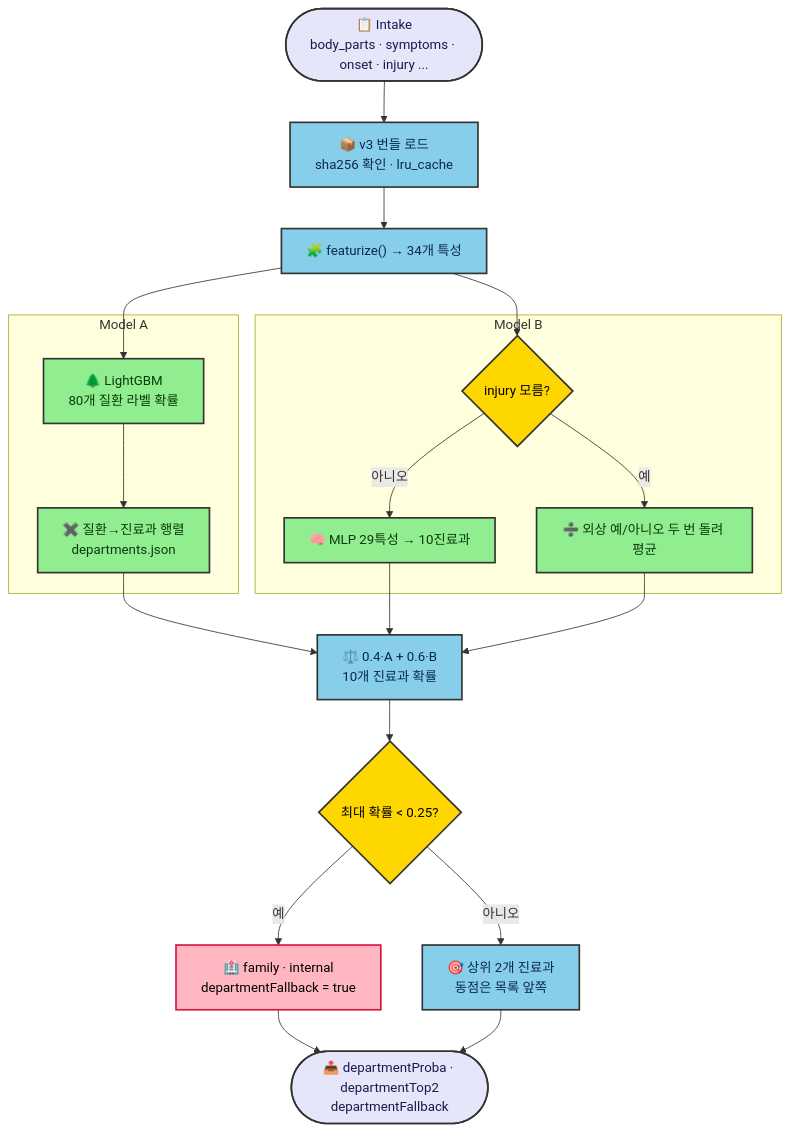
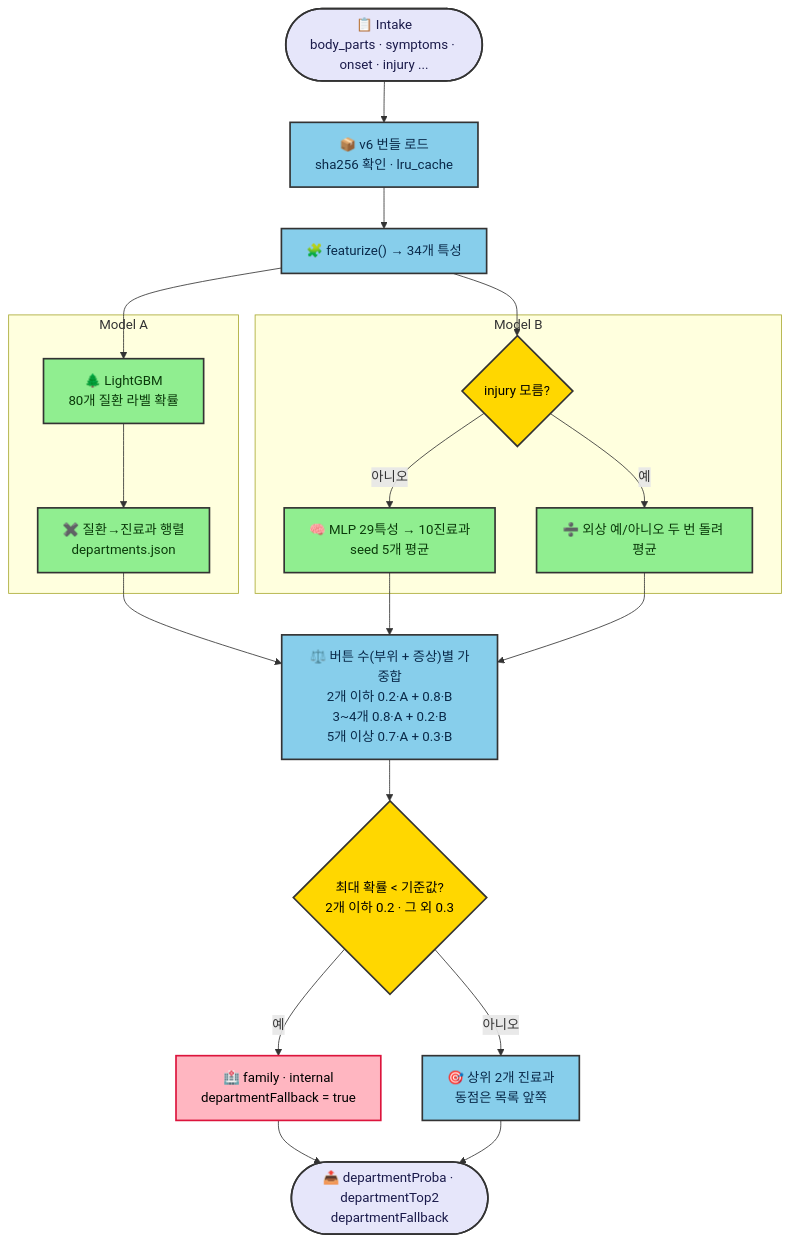
Before and after one commit to conceptamin/for-nav: the diagram in docs/architecture/diagrams/m2_predict_inference.mmd, drawn with Mermaid. The commit also changed 4 other files, not shown here.

```diff
--- a/docs/architecture/diagrams/m2_predict_inference.mmd
+++ b/docs/architecture/diagrams/m2_predict_inference.mmd
@@ -1,47 +1,47 @@
 flowchart TD
     IN(["📋 Intake<br/>body_parts · symptoms · onset · injury ..."])
-    LOAD["📦 v3 번들 로드<br/>sha256 확인 · lru_cache"]
+    LOAD["📦 v6 번들 로드<br/>sha256 확인 · lru_cache"]
     FE["🧩 featurize() → 34개 특성"]
 
     subgraph MA["Model A"]
         A1["🌲 LightGBM<br/>80개 질환 라벨 확률"]
         A2["✖️ 질환→진료과 행렬<br/>departments.json"]
         A1 --> A2
     end
 
     subgraph MB["Model B"]
         B0{"injury 모름?"}
-        B1["🧠 MLP 29특성 → 10진료과"]
+        B1["🧠 MLP 29특성 → 10진료과<br/>seed 5개 평균"]
         B2["➗ 외상 예/아니오 두 번 돌려 평균"]
         B0 -->|"아니오"| B1
         B0 -->|"예"| B2
     end
 
-    MIX["⚖️ 0.4·A + 0.6·B<br/>10개 진료과 확률"]
-    TH{"최대 확률 < 0.25?"}
+    MIX["⚖️ 버튼 수(부위 + 증상)별 가중합<br/>2개 이하 0.2·A + 0.8·B<br/>3~4개 0.8·A + 0.2·B<br/>5개 이상 0.7·A + 0.3·B"]
+    TH{"최대 확률 < 기준값?<br/>2개 이하 0.2 · 그 외 0.3"}
     FB["🏥 family · internal<br/>departmentFallback = true"]
     TOP["🎯 상위 2개 진료과<br/>동점은 목록 앞쪽"]
     OUT(["📤 departmentProba · departmentTop2<br/>departmentFallback"])
 
     IN --> LOAD --> FE
     FE --> A1
     FE --> B0
     A2 --> MIX
     B1 --> MIX
     B2 --> MIX
     MIX --> TH
     TH -->|"예"| FB
     TH -->|"아니오"| TOP
     FB --> OUT
     TOP --> OUT
 
     classDef io fill:#E6E6FA,stroke:#333,stroke-width:2px,color:#1a1a4a
     classDef step fill:#87CEEB,stroke:#333,stroke-width:2px,color:#0a2a4a
     classDef model fill:#90EE90,stroke:#333,stroke-width:2px,color:#0a3a0a
     classDef gate fill:#FFD700,stroke:#333,stroke-width:2px,color:#000
     classDef warn fill:#FFB6C1,stroke:#DC143C,stroke-width:2px,color:#000
     class IN,OUT io
     class LOAD,FE,MIX,TOP step
     class A1,A2,B1,B2 model
     class TH,B0 gate
     class FB warn
```
